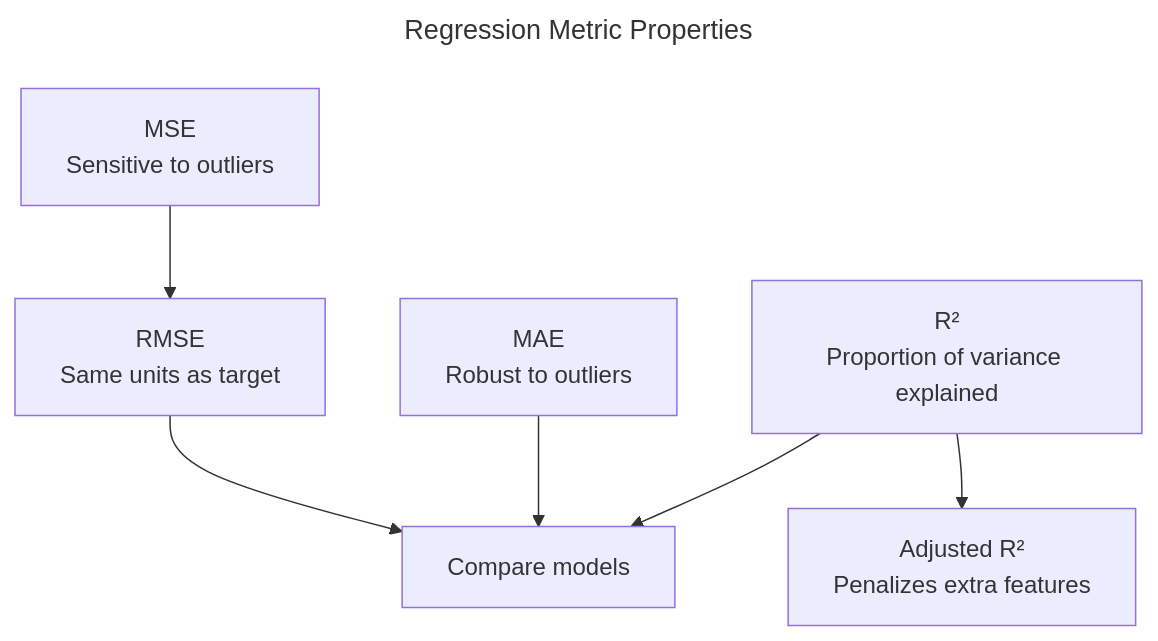
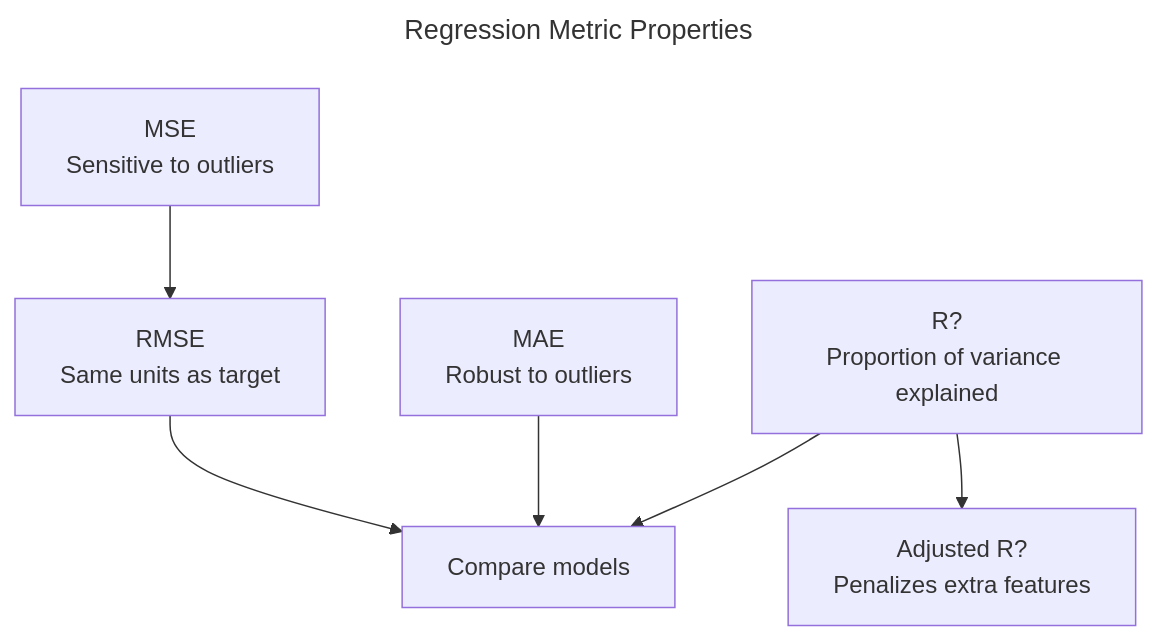
One commit to Raushan666java/ai-engineering-journey changed the fourth of 7 diagrams in docs/courses/machine-learning/10-model-evaluation.md. Above: the diagram before and after it, drawn with Mermaid. The commit also changed other lines of this file and 790 other files, not shown here.

Commit message:
Sync all course diagram renders and content updates

````diff
--- a/docs/courses/machine-learning/10-model-evaluation.md
+++ b/docs/courses/machine-learning/10-model-evaluation.md
@@ -185,12 +185,12 @@
 ```mermaid
 ---
 title: Regression Metric Properties
 ---
 flowchart TD
     MSE[MSE<br/>Sensitive to outliers] --> RMSE[RMSE<br/>Same units as target]
     MAE[MAE<br/>Robust to outliers]
-    R2[R²<br/>Proportion of variance explained] --> ADJR2[Adjusted R²<br/>Penalizes extra features]
+    R2[R?<br/>Proportion of variance explained] --> ADJR2[Adjusted R?<br/>Penalizes extra features]
     RMSE --> COMPARE[Compare models]
     MAE --> COMPARE
     R2 --> COMPARE
 ```
````
